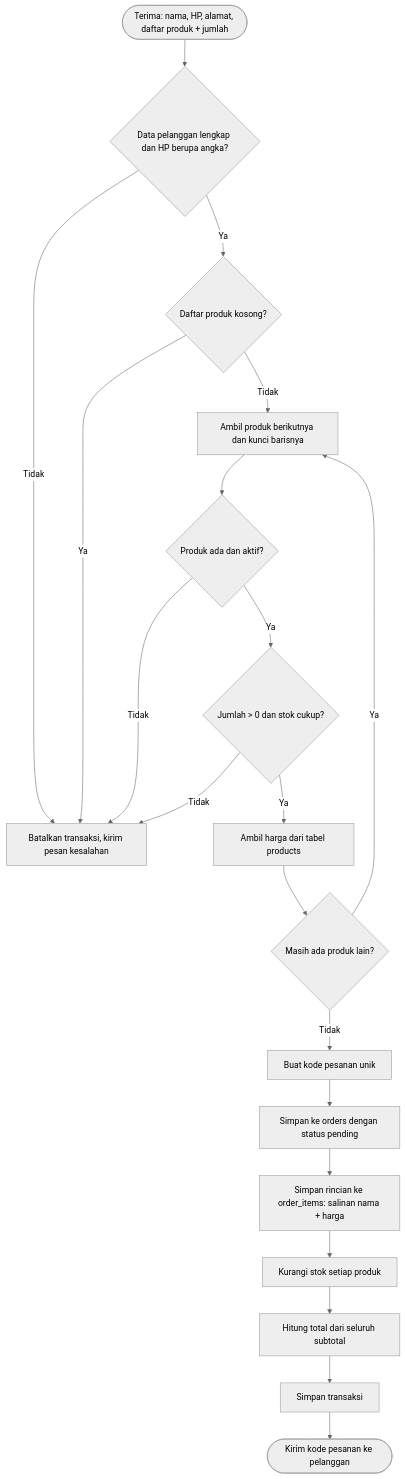
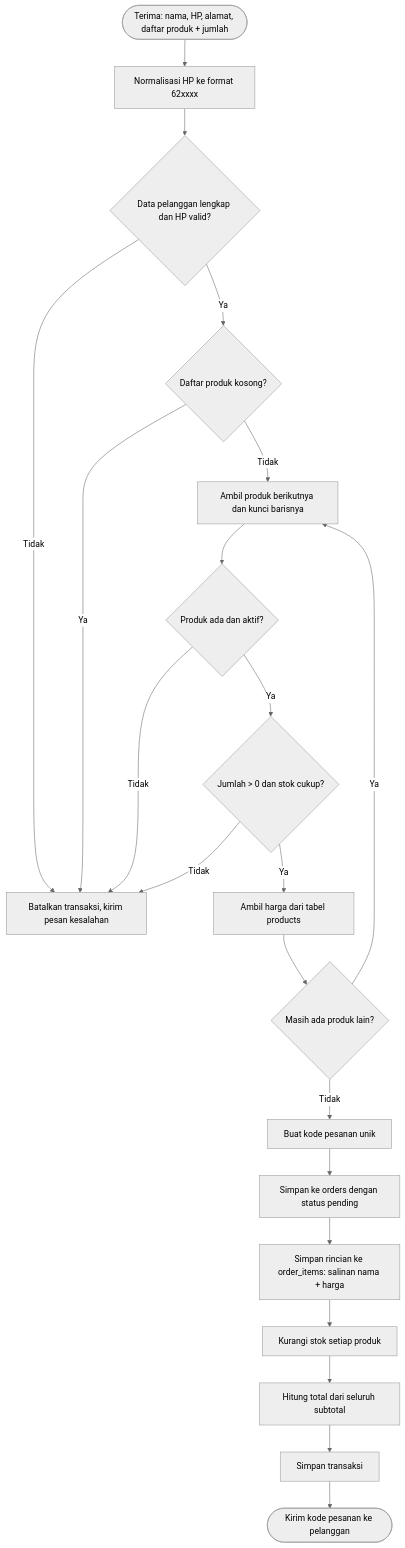
Before and after one commit to arikmhm/awm-fullstack: the third of 9 diagrams in docs/FLOWCHART.md, drawn with Mermaid (neutral theme). The commit also changed other lines of this file and 3 other files, not shown here.

````diff
--- a/docs/FLOWCHART.md
+++ b/docs/FLOWCHART.md
@@ -68,22 +68,23 @@
 ```mermaid
 flowchart TD
-    A([Terima: nama, HP, alamat, daftar produk + jumlah]) --> B{Data pelanggan lengkap dan HP berupa angka?}
+    A([Terima: nama, HP, alamat, daftar produk + jumlah]) --> A2[Normalisasi HP ke format 62xxxx]
+    A2 --> B{Data pelanggan lengkap dan HP valid?}
     B -- Tidak --> X[Batalkan transaksi, kirim pesan kesalahan]
     B -- Ya --> C{Daftar produk kosong?}
     C -- Ya --> X
     C -- Tidak --> D[Ambil produk berikutnya dan kunci barisnya]
     D --> E{Produk ada dan aktif?}
     E -- Tidak --> X
     E -- Ya --> F{Jumlah > 0 dan stok cukup?}
     F -- Tidak --> X
     F -- Ya --> G[Ambil harga dari tabel products]
     G --> H{Masih ada produk lain?}
     H -- Ya --> D
     H -- Tidak --> I[Buat kode pesanan unik]
     I --> J[Simpan ke orders dengan status pending]
     J --> K[Simpan rincian ke order_items: salinan nama + harga]
     K --> L[Kurangi stok setiap produk]
     L --> M[Hitung total dari seluruh subtotal]
     M --> N[Simpan transaksi]
     N --> O([Kirim kode pesanan ke pelanggan])
 ```
````
